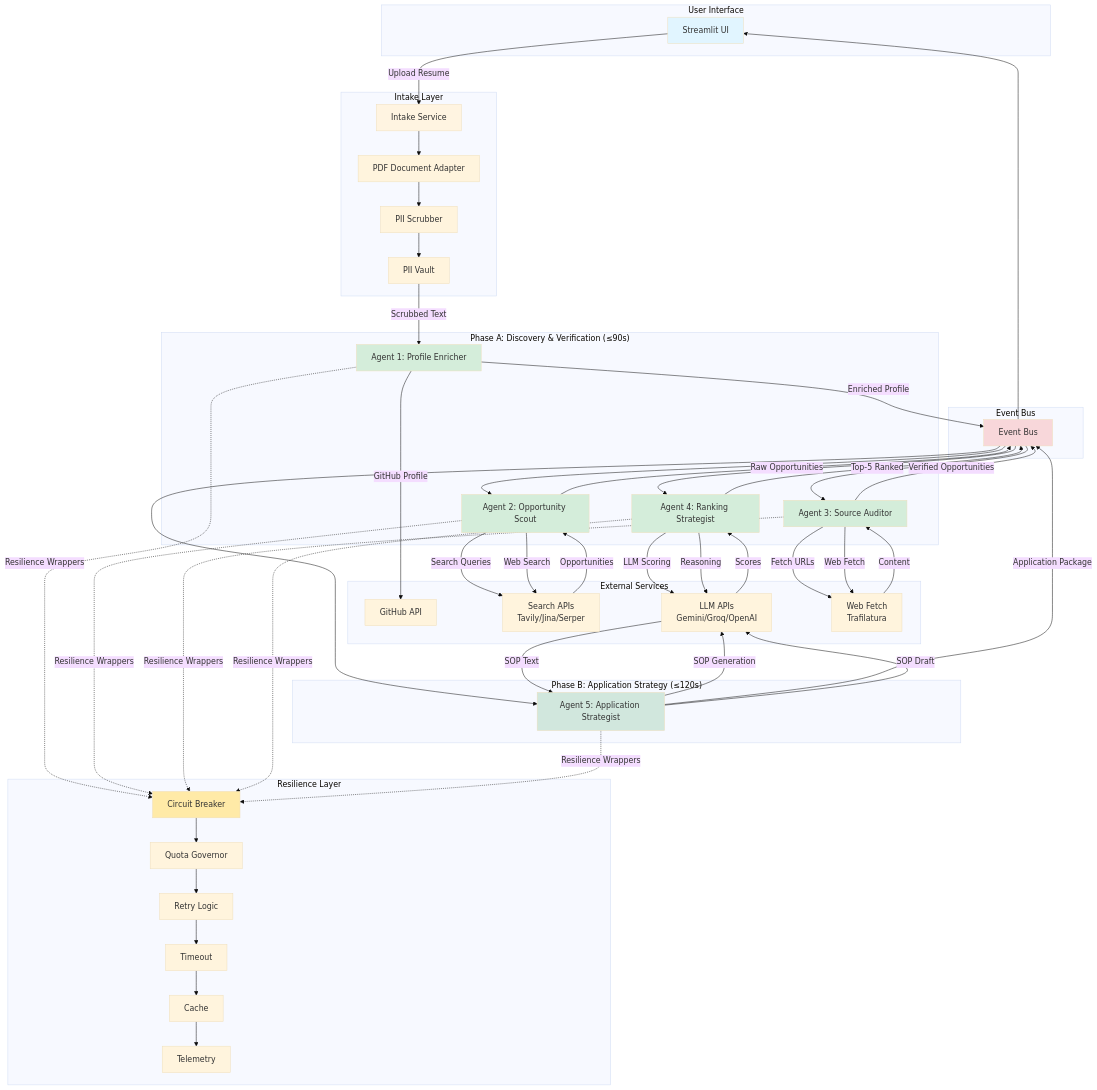
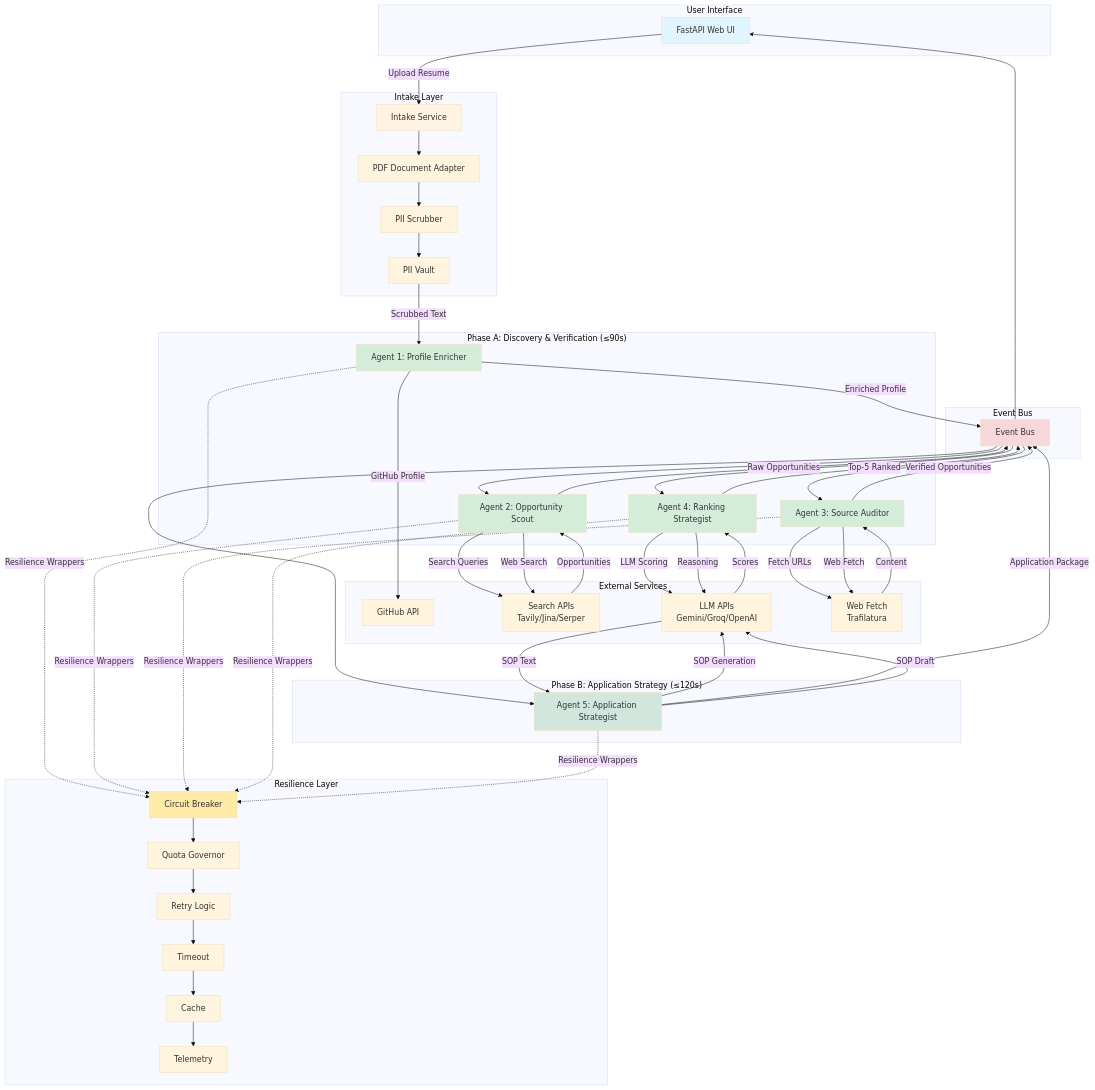
Before and after one commit to Emperor-4037/ScholarLift: the first of 7 diagrams in ARCHITECTURE.md, drawn with Mermaid (base theme). The commit also changed other lines of this file and 8 other files, not shown here.

First line of the commit message:
Update architecture diagrams and remove unnecessary documentation files

````diff
--- a/ARCHITECTURE.md
+++ b/ARCHITECTURE.md
@@ -5,7 +5,7 @@
 ```mermaid
 graph TB
     subgraph "User Interface"
-        UI[Streamlit UI]
+        UI[FastAPI Web UI]
     end
 
     subgraph "Intake Layer"
````
